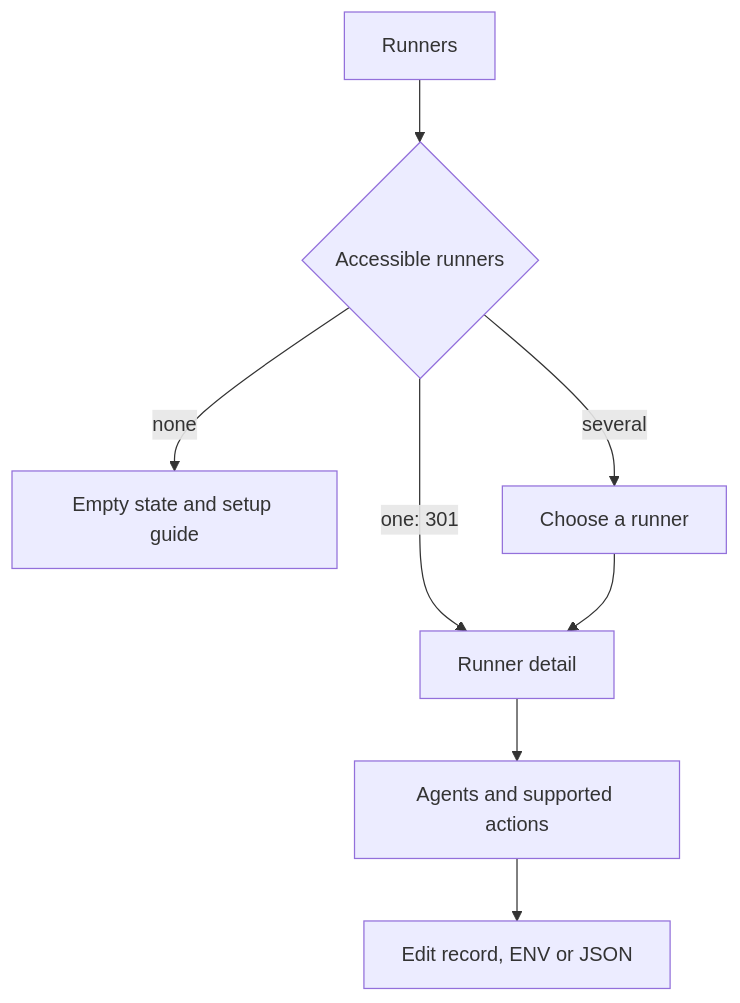
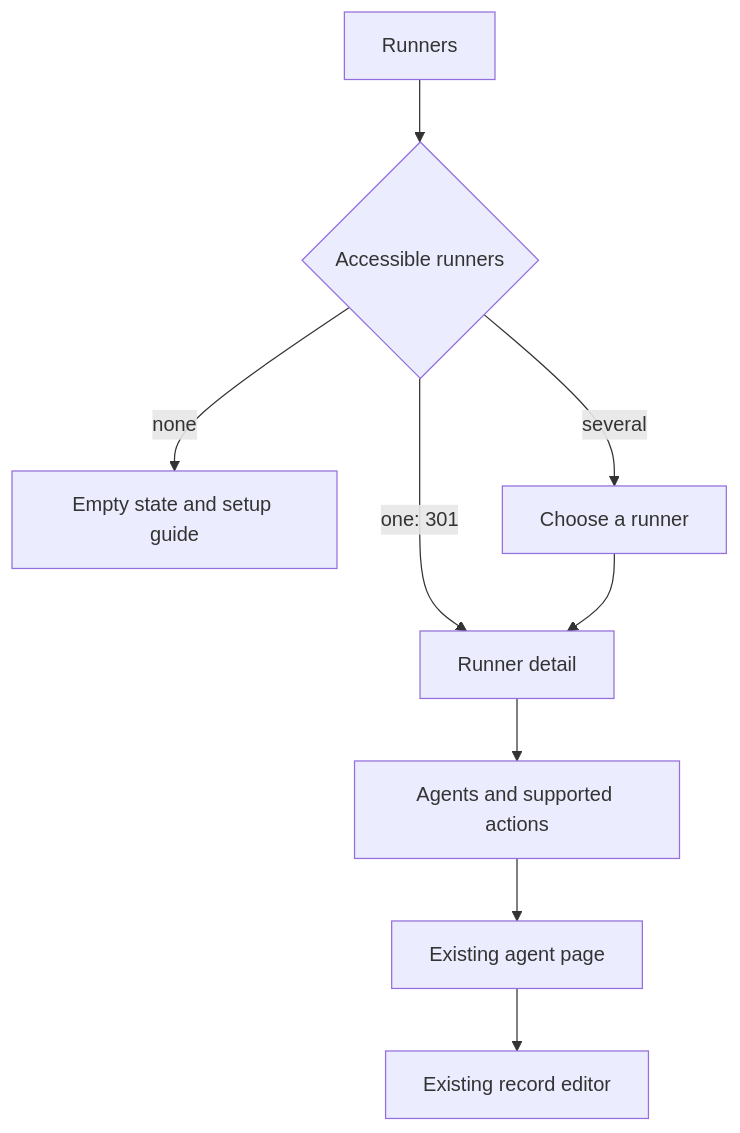
Before and after one commit to parf/ai-agent-bus: the diagram in Plans/R1.0-Release/runner/web-face.md, drawn with Mermaid. The commit also changed other lines of this file and 1 other file, not shown here.

Commit message:
Focus the Runners web plan on runner APIs and existing agent links

````diff
--- a/Plans/R1.0-Release/runner/web-face.md
+++ b/Plans/R1.0-Release/runner/web-face.md
@@ -27,10 +32,11 @@
 ```mermaid
 flowchart TD
     R[Runners] --> N{Accessible runners}
     N -->|none| E[Empty state and setup guide]
     N -->|one: 301| D[Runner detail]
     N -->|several| C[Choose a runner]
     C --> D
     D --> A[Agents and supported actions]
-    A --> F[Edit record, ENV or JSON]
+    A --> F[Existing agent page]
+    F --> G[Existing record editor]
 ```
````
